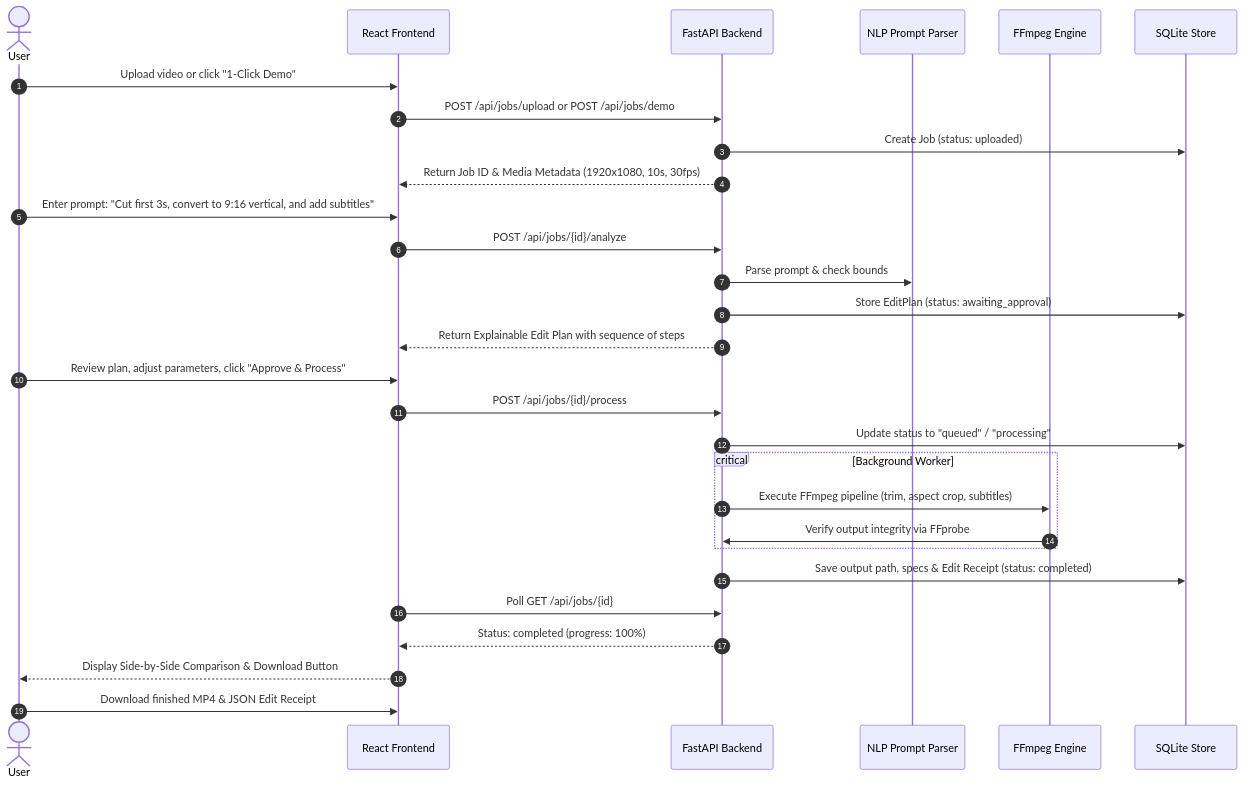
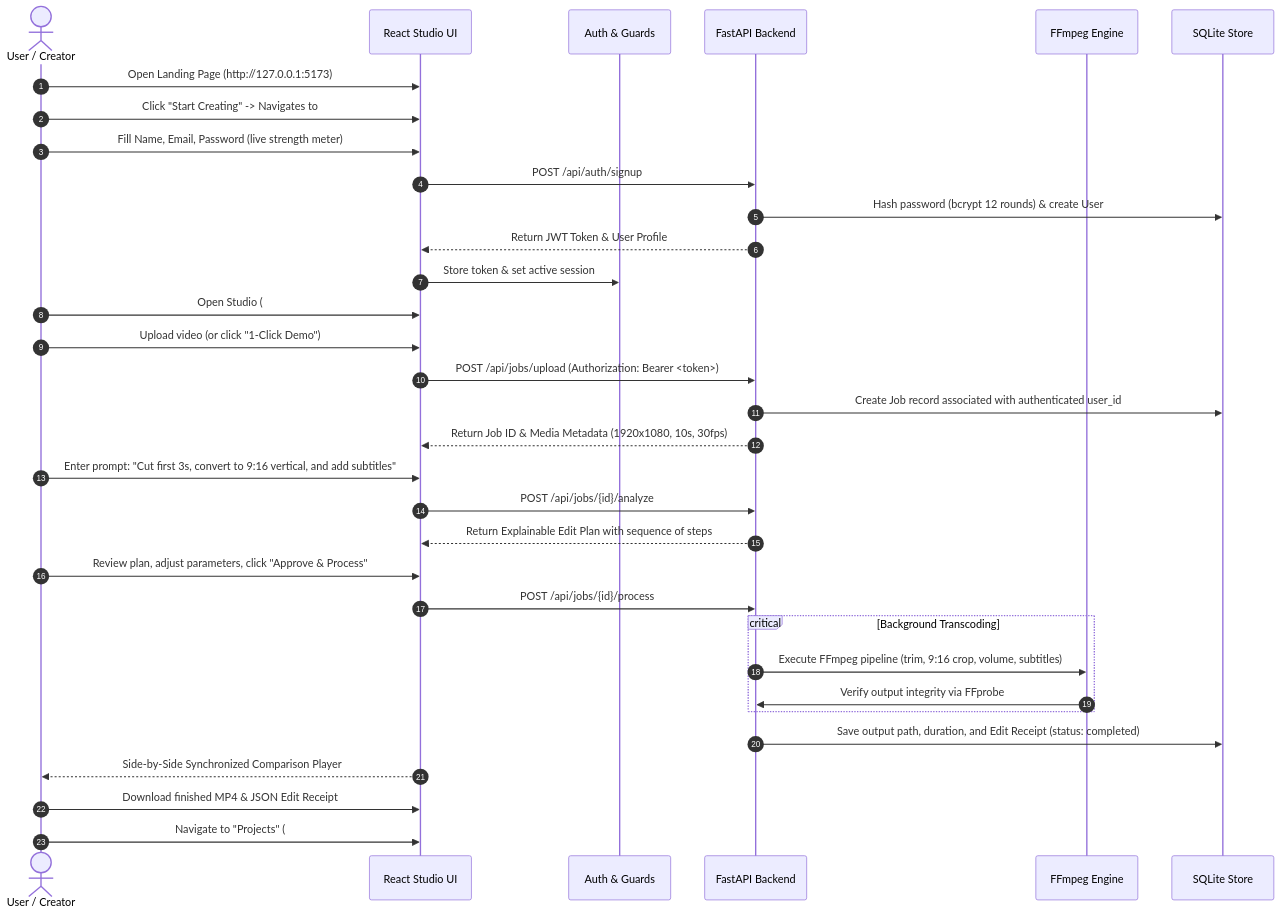
One commit to Varnika2005/Incubrix changed the second of 2 diagrams in README.md. Above: the diagram before and after it, drawn with Mermaid. The commit also changed other lines of this file and 50 other files, not shown here.

````diff
--- a/README.md
+++ b/README.md
@@ -58,37 +71,40 @@
 ```mermaid
 sequenceDiagram
     autonumber
-    actor User
-    participant Studio as React Frontend
+    actor Creator as User / Creator
+    participant Frontend as React Studio UI
+    participant Auth as Auth & Guards
     participant API as FastAPI Backend
-    participant Parser as NLP Prompt Parser
     participant Processor as FFmpeg Engine
     participant DB as SQLite Store
 
-    User->>Studio: Upload video or click "1-Click Demo"
-    Studio->>API: POST /api/jobs/upload or POST /api/jobs/demo
-    API->>DB: Create Job (status: uploaded)
-    API-->>Studio: Return Job ID & Media Metadata (1920x1080, 10s, 30fps)
+    Creator->>Frontend: Open Landing Page (http://127.0.0.1:5173)
+    Creator->>Frontend: Click "Start Creating" -> Navigates to #/signup
+    Creator->>Frontend: Fill Name, Email, Password (live strength meter)
+    Frontend->>API: POST /api/auth/signup
+    API->>DB: Hash password (bcrypt 12 rounds) & create User
+    API-->>Frontend: Return JWT Token & User Profile
+    Frontend->>Auth: Store token & set active session
+
+    Creator->>Frontend: Open Studio (#studio)
+    Creator->>Frontend: Upload video (or click "1-Click Demo")
+    Frontend->>API: POST /api/jobs/upload (Authorization: Bearer <token>)
+    API->>DB: Create Job record associated with authenticated user_id
+    API-->>Frontend: Return Job ID & Media Metadata (1920x1080, 10s, 30fps)
     
-    User->>Studio: Enter prompt: "Cut first 3s, convert to 9:16 vertical, and add subtitles"
-    Studio->>API: POST /api/jobs/{id}/analyze
-    API->>Parser: Parse prompt & check bounds
-    API->>DB: Store EditPlan (status: awaiting_approval)
-    API-->>Studio: Return Explainable Edit Plan with sequence of steps
+    Creator->>Frontend: Enter prompt: "Cut first 3s, convert to 9:16 vertical, and add subtitles"
+    Frontend->>API: POST /api/jobs/{id}/analyze
+    API-->>Frontend: Return Explainable Edit Plan with sequence of steps
     
-    User->>Studio: Review plan, adjust parameters, click "Approve & Process"
-    Studio->>API: POST /api/jobs/{id}/process
-    API->>DB: Update status to "queued" / "processing"
-    
-    critical Background Worker
-        API->>Processor: Execute FFmpeg pipeline (trim, aspect crop, subtitles)
+    Creator->>Frontend: Review plan, adjust parameters, click "Approve & Process"
+    Frontend->>API: POST /api/jobs/{id}/process
+    critical Background Transcoding
+        API->>Processor: Execute FFmpeg pipeline (trim, 9:16 crop, volume, subtitles)
         Processor->>API: Verify output integrity via FFprobe
     end
+    API->>DB: Save output path, duration, and Edit Receipt (status: completed)
     
-    API->>DB: Save output path, specs & Edit Receipt (status: completed)
-    Studio->>API: Poll GET /api/jobs/{id}
-    API-->>Studio: Status: completed (progress: 100%)
-    
-    Studio-->>User: Display Side-by-Side Comparison & Download Button
-    User->>Studio: Download finished MP4 & JSON Edit Receipt
+    Frontend-->>Creator: Side-by-Side Synchronized Comparison Player
+    Creator->>Frontend: Download finished MP4 & JSON Edit Receipt
+    Creator->>Frontend: Navigate to "Projects" (#projects) to view all owned videos
 ```
````
